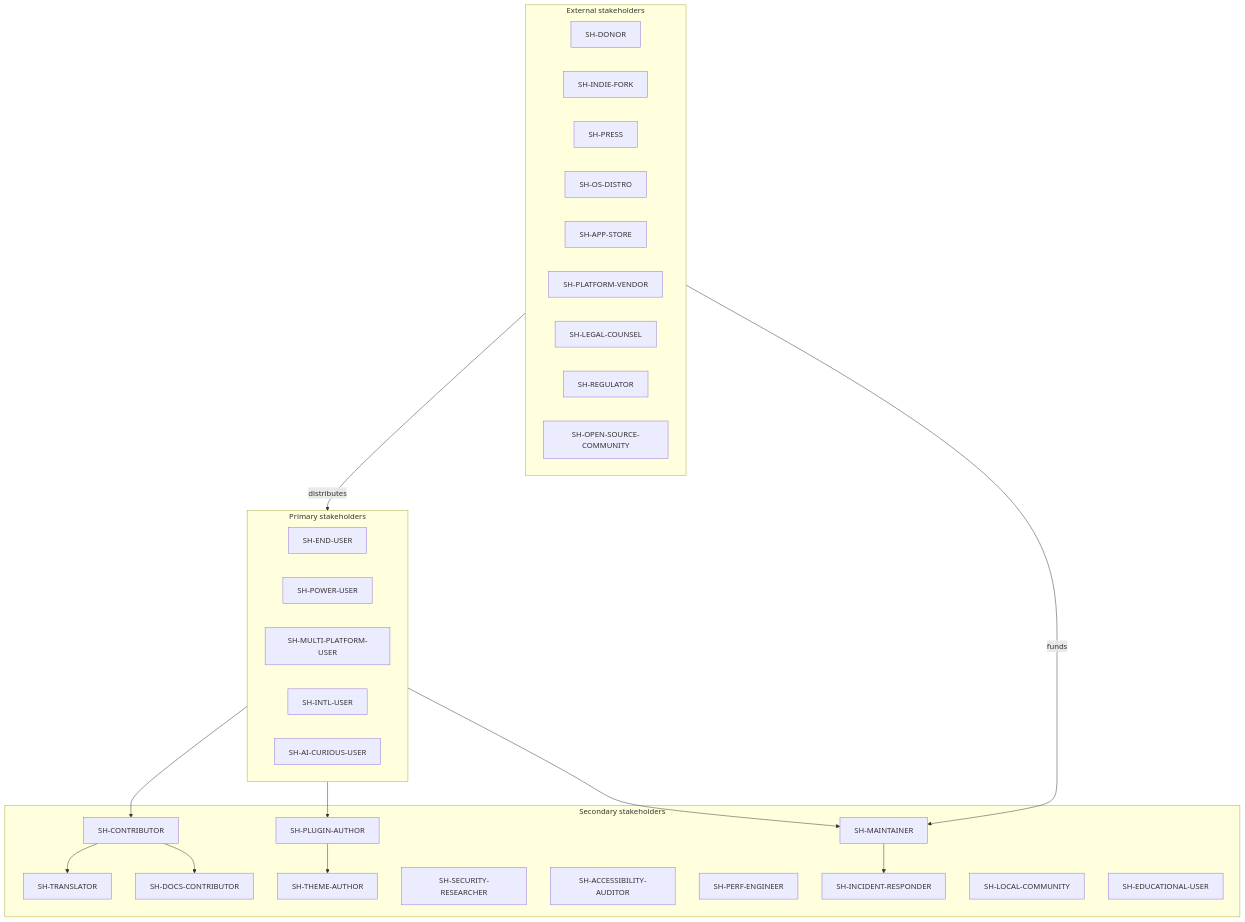
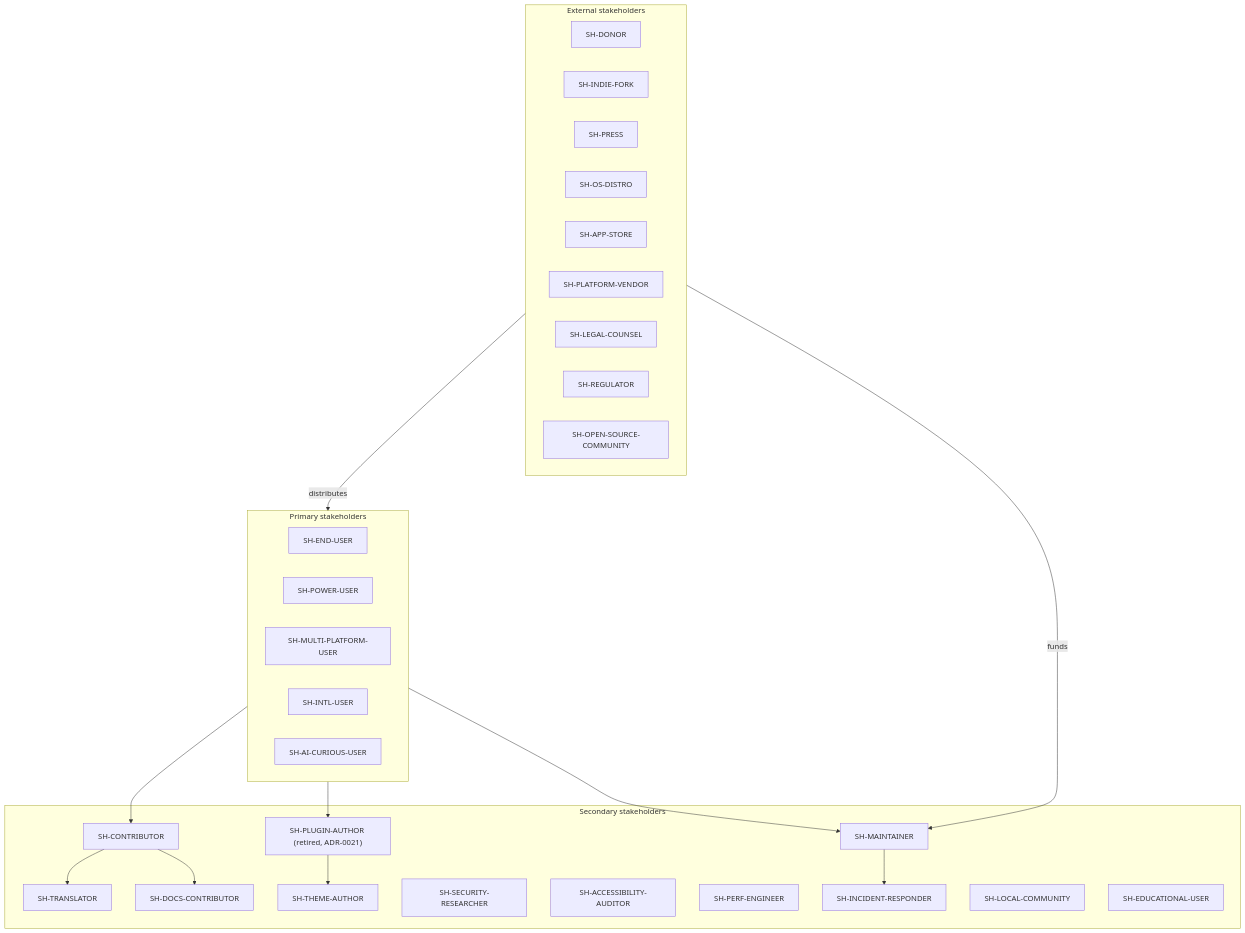
The diagram in docs/04-Stakeholders.md (Kiroku-Solutions/Pine), drawn with Mermaid before and after one commit. The commit also changed other lines of this file and 8 other files, not shown here.

````diff
--- a/docs/04-Stakeholders.md
+++ b/docs/04-Stakeholders.md
@@ -346,47 +346,47 @@
 ```mermaid
 graph TB
     subgraph Primary["Primary stakeholders"]
         U1["SH-END-USER"]
         U2["SH-POWER-USER"]
         U3["SH-MULTI-PLATFORM-USER"]
         U4["SH-INTL-USER"]
         U5["SH-AI-CURIOUS-USER"]
     end
 
     subgraph Secondary["Secondary stakeholders"]
-        S1["SH-PLUGIN-AUTHOR"]
+        S1["SH-PLUGIN-AUTHOR (retired, ADR-0021)"]
         S2["SH-CONTRIBUTOR"]
         S3["SH-TRANSLATOR"]
         S4["SH-DOCS-CONTRIBUTOR"]
         S5["SH-THEME-AUTHOR"]
         S6["SH-SECURITY-RESEARCHER"]
         S7["SH-ACCESSIBILITY-AUDITOR"]
         S8["SH-PERF-ENGINEER"]
         S9["SH-MAINTAINER"]
         S10["SH-INCIDENT-RESPONDER"]
         S11["SH-LOCAL-COMMUNITY"]
         S12["SH-EDUCATIONAL-USER"]
     end
 
     subgraph External["External stakeholders"]
         E1["SH-DONOR"]
         E2["SH-INDIE-FORK"]
         E3["SH-PRESS"]
         E4["SH-OS-DISTRO"]
         E5["SH-APP-STORE"]
         E6["SH-PLATFORM-VENDOR"]
         E7["SH-LEGAL-COUNSEL"]
         E8["SH-REGULATOR"]
         E9["SH-OPEN-SOURCE-COMMUNITY"]
     end
 
     Primary --> S1
     Primary --> S2
     Primary --> S9
     S2 --> S4
     S2 --> S3
     S9 --> S10
     S1 --> S5
     External -->|funds| S9
     External -->|distributes| Primary
 ```
````
